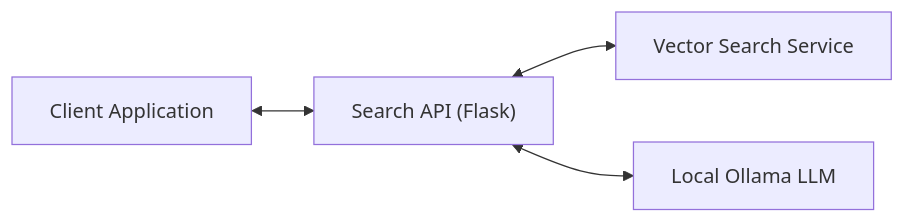
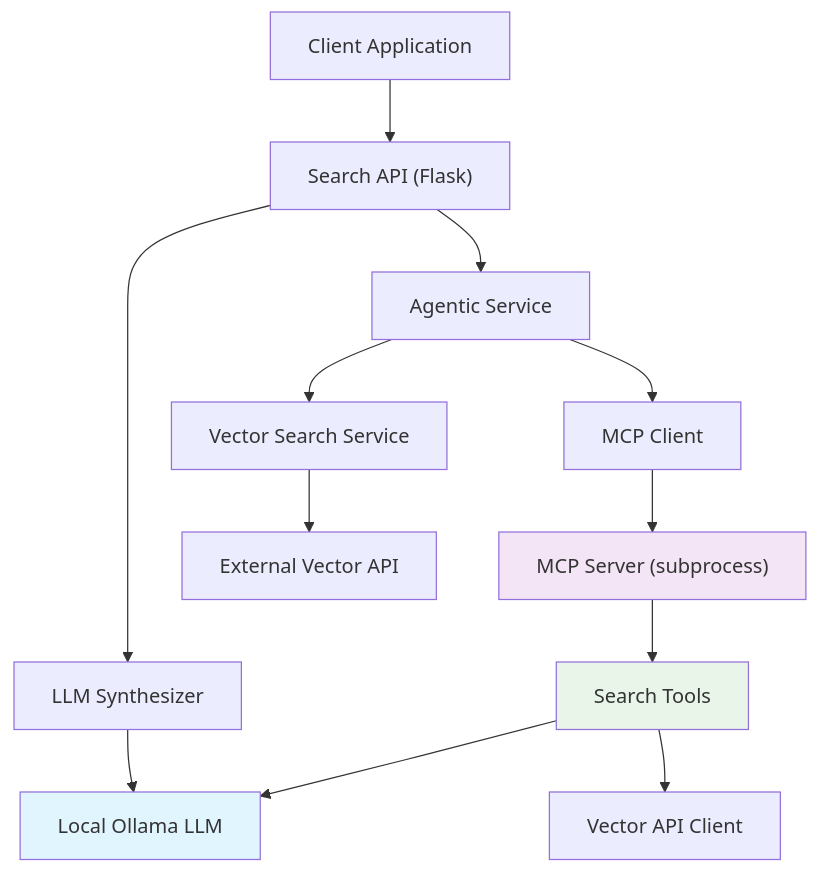
Before and after one commit to bcgov/EPIC.search: the first of 3 diagrams in search-api/DOCUMENTATION.md, drawn with Mermaid. The commit also changed other lines of this file and 74 other files, not shown here.

````diff
--- a/search-api/DOCUMENTATION.md
+++ b/search-api/DOCUMENTATION.md
@@ -22,6 +46,18 @@
 ```mermaid
-flowchart LR
-    Client["Client Application"] <--> SearchAPI["Search API (Flask)"]
-    SearchAPI <--> VectorSearch["Vector Search Service"]
-    SearchAPI <--> Ollama["Local Ollama LLM"]
+flowchart TD
+    Client["Client Application"] --> SearchAPI["Search API (Flask)"]
+    SearchAPI --> AgenticService["Agentic Service"]
+    AgenticService --> MCPClient["MCP Client"]
+    MCPClient --> MCPServer["MCP Server (subprocess)"]
+    MCPServer --> SearchTools["Search Tools"]
+    SearchTools --> Ollama["Local Ollama LLM"]
+    SearchTools --> VectorClient["Vector API Client"]
+    AgenticService --> VectorSearch["Vector Search Service"]
+    SearchAPI --> Synthesizer["LLM Synthesizer"]
+    Synthesizer --> Ollama
+    VectorSearch --> ExternalVector["External Vector API"]
+    
+    style Ollama fill:#e1f5fe
+    style MCPServer fill:#f3e5f5
+    style SearchTools fill:#e8f5e8
 ```
````
